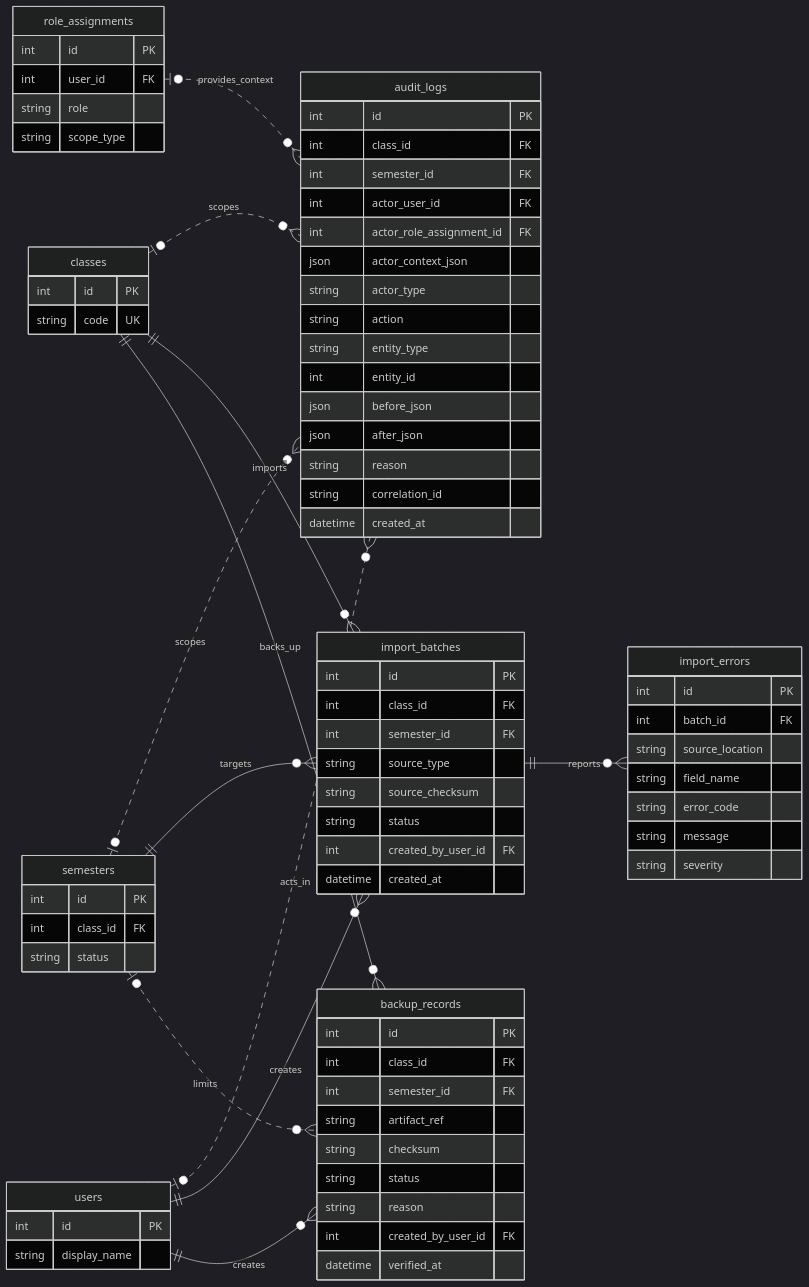
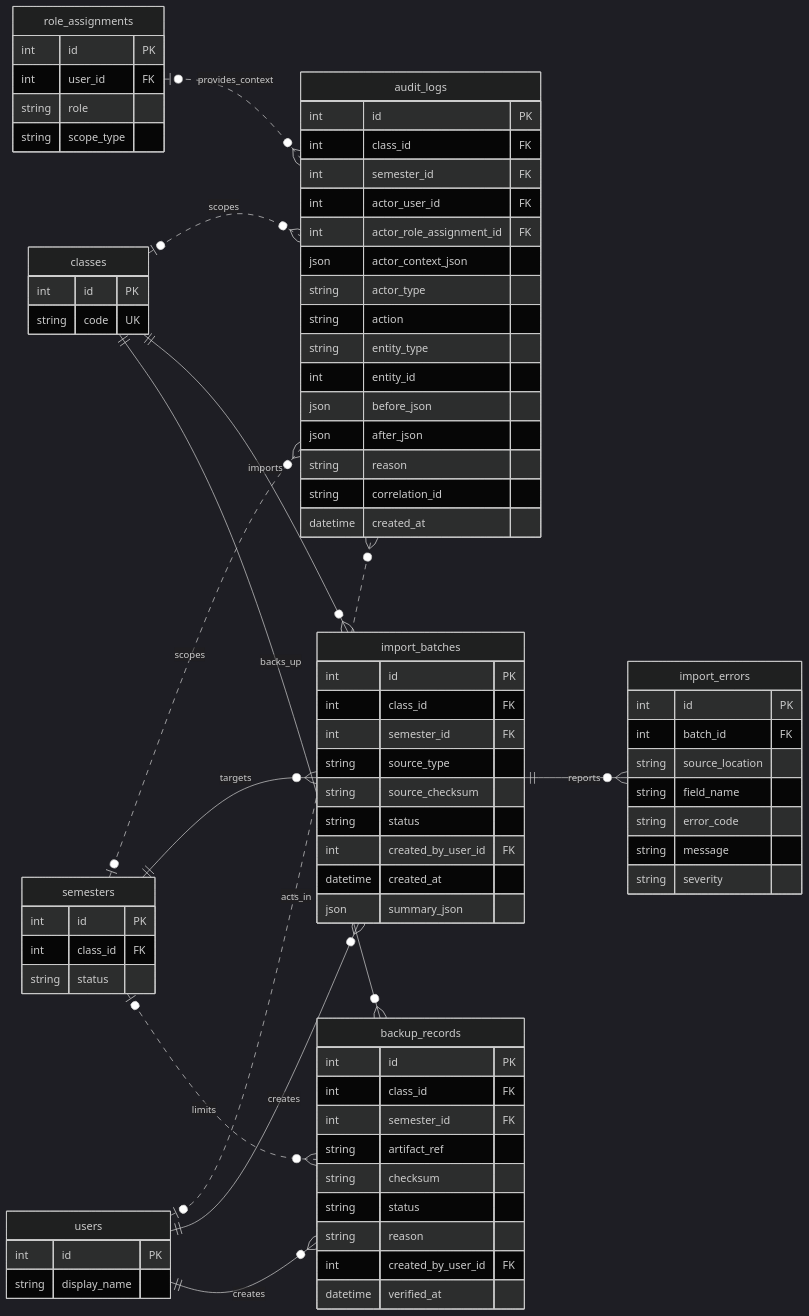
One commit to darvaaph/bot-wa-jadwal changed the seventh of 7 diagrams in docs/product/ERD.md. Above: the diagram before and after it, drawn with Mermaid (dark theme). The commit also changed other lines of this file and 1 other file, not shown here.

Commit message:
docs: add product data model and ERD documentation

```diff
--- a/docs/product/ERD.md
+++ b/docs/product/ERD.md
@@ -544,6 +544,7 @@
         string status
         int created_by_user_id FK
         datetime created_at
+        json summary_json
     }
     importErrors["import_errors"] {
         int id PK
```
